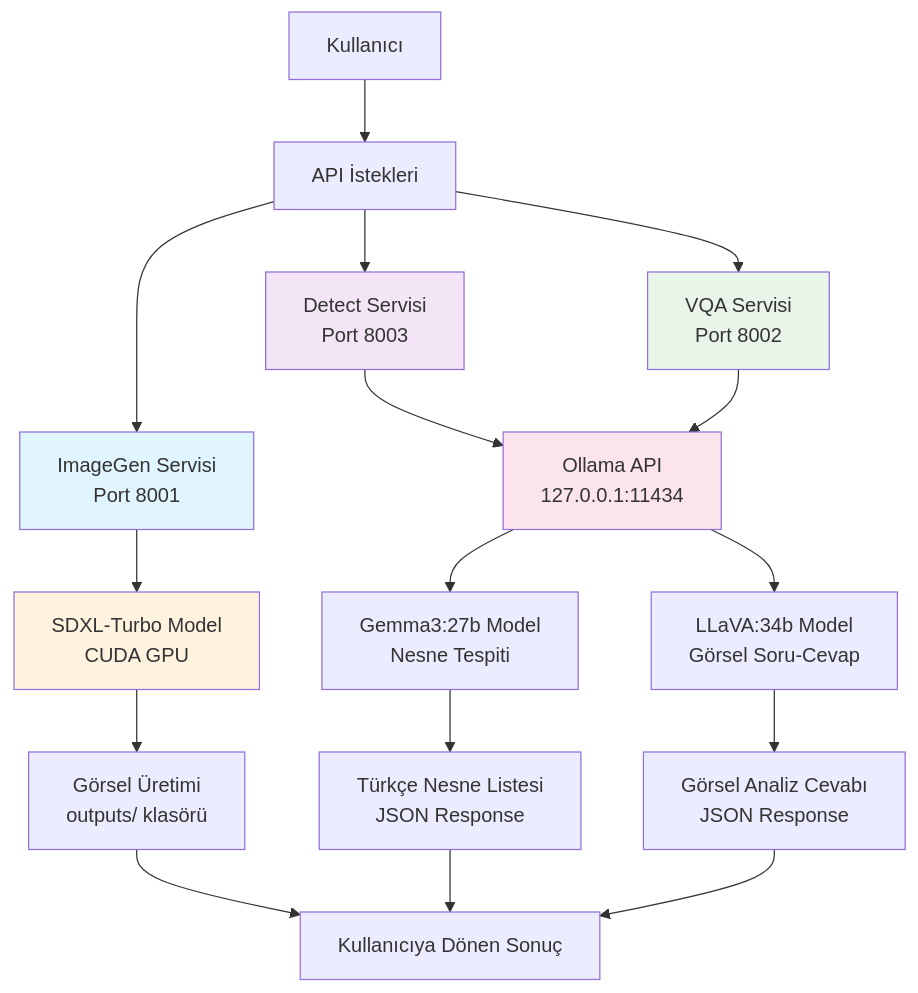
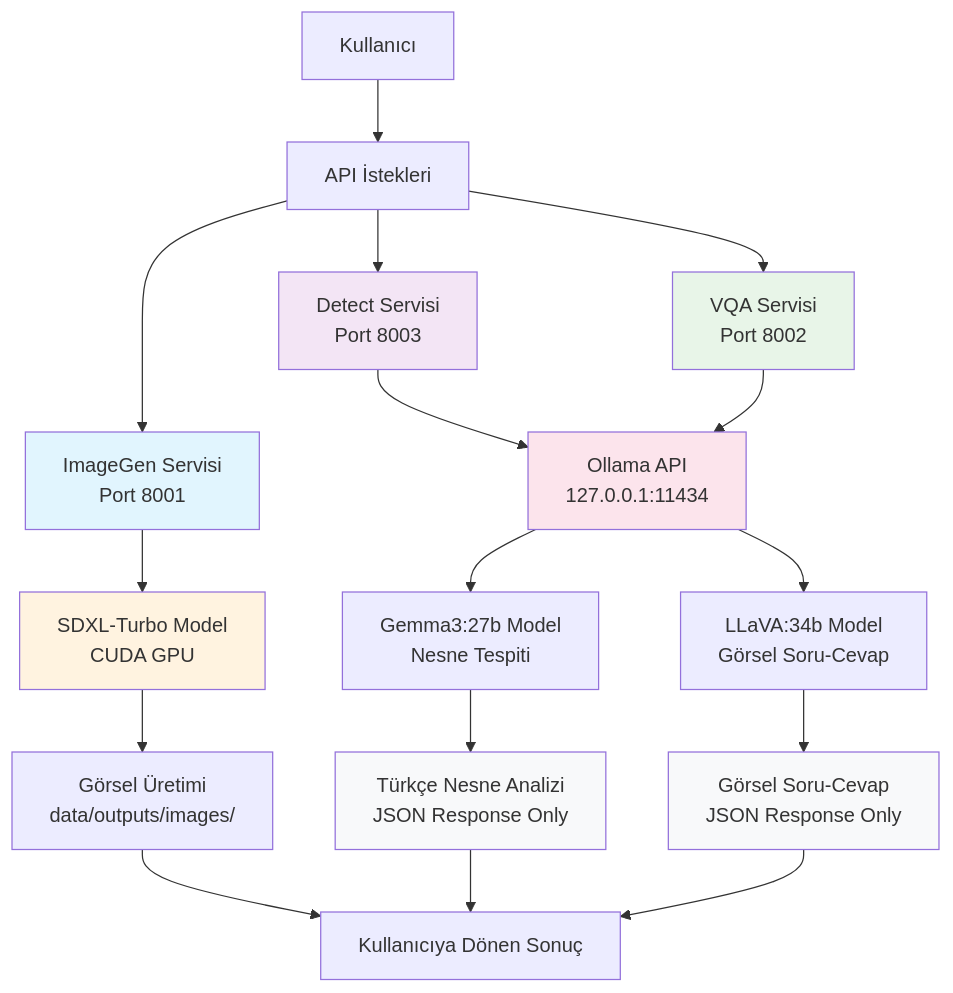
One commit to aeyeniay/ai_hub changed the diagram in README.md. Above: the diagram before and after it, drawn with Mermaid. The commit also changed other lines of this file and 11 other files, not shown here.

First line of the commit message:
Restructure project with modular architecture and optimize detect service

````diff
--- a/README.md
+++ b/README.md
@@ -117,30 +149,32 @@
 ```mermaid
 graph TB
     A[Kullanıcı] --> B[API İstekleri]
     
     B --> C[ImageGen Servisi<br/>Port 8001]
     B --> D[Detect Servisi<br/>Port 8003]
     B --> E[VQA Servisi<br/>Port 8002]
     
     C --> F[SDXL-Turbo Model<br/>CUDA GPU]
-    F --> G[Görsel Üretimi<br/>outputs/ klasörü]
+    F --> G[Görsel Üretimi<br/>data/outputs/images/]
     
     D --> H[Ollama API<br/>127.0.0.1:11434]
     E --> H
     
     H --> I[Gemma3:27b Model<br/>Nesne Tespiti]
     H --> J[LLaVA:34b Model<br/>Görsel Soru-Cevap]
     
-    I --> K[Türkçe Nesne Listesi<br/>JSON Response]
-    J --> L[Görsel Analiz Cevabı<br/>JSON Response]
+    I --> K[Türkçe Nesne Analizi<br/>JSON Response Only]
+    J --> L[Görsel Soru-Cevap<br/>JSON Response Only]
     
     G --> M[Kullanıcıya Dönen Sonuç]
     K --> M
     L --> M
     
     style C fill:#e1f5fe
     style D fill:#f3e5f5
     style E fill:#e8f5e8
     style F fill:#fff3e0
     style H fill:#fce4ec
+    style K fill:#f8f9fa
+    style L fill:#f8f9fa
 ```
````
